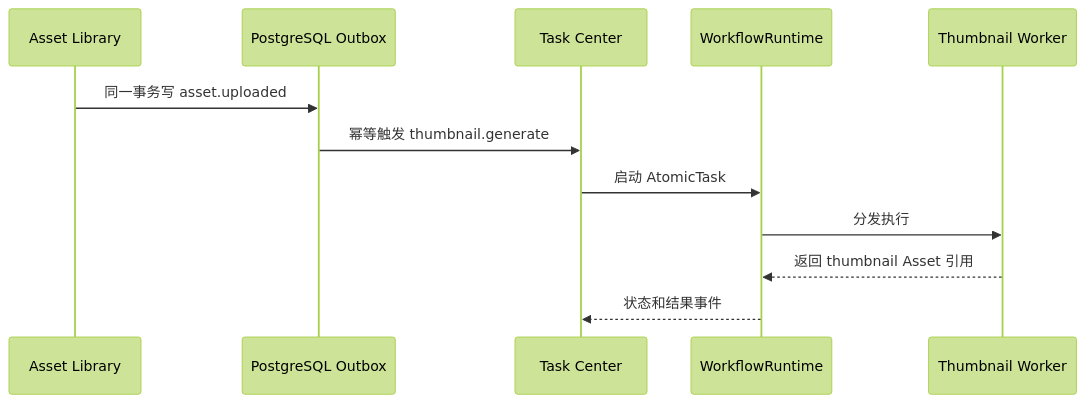
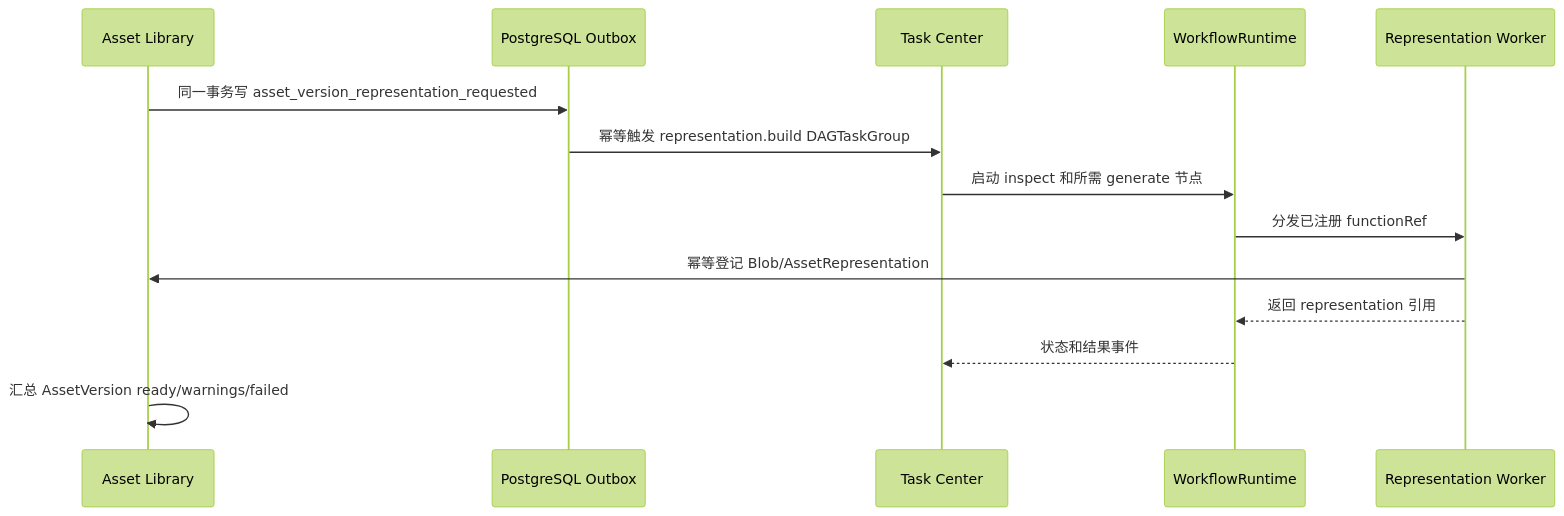
One commit to wangweihong/omnimam-spec changed the first of 2 diagrams in 00_product/domains/task-center/product-spec.md. Above: the diagram before and after it, drawn with Mermaid (forest theme). The commit also changed other lines of this file and 34 other files, not shown here.

````diff
--- a/00_product/domains/task-center/product-spec.md
+++ b/00_product/domains/task-center/product-spec.md
@@ -204,14 +204,16 @@
 ```mermaid
 sequenceDiagram
   participant Asset as Asset Library
   participant Outbox as PostgreSQL Outbox
   participant Task as Task Center
   participant Runtime as WorkflowRuntime
-  participant Worker as Thumbnail Worker
-  Asset->>Outbox: 同一事务写 asset.uploaded
-  Outbox->>Task: 幂等触发 thumbnail.generate
-  Task->>Runtime: 启动 AtomicTask
-  Runtime->>Worker: 分发执行
-  Worker-->>Runtime: 返回 thumbnail Asset 引用
+  participant Worker as Representation Worker
+  Asset->>Outbox: 同一事务写 asset_version_representation_requested
+  Outbox->>Task: 幂等触发 representation.build DAGTaskGroup
+  Task->>Runtime: 启动 inspect 和所需 generate 节点
+  Runtime->>Worker: 分发已注册 functionRef
+  Worker->>Asset: 幂等登记 Blob/AssetRepresentation
+  Worker-->>Runtime: 返回 representation 引用
   Runtime-->>Task: 状态和结果事件
+  Asset->>Asset: 汇总 AssetVersion ready/warnings/failed
 ```
````
